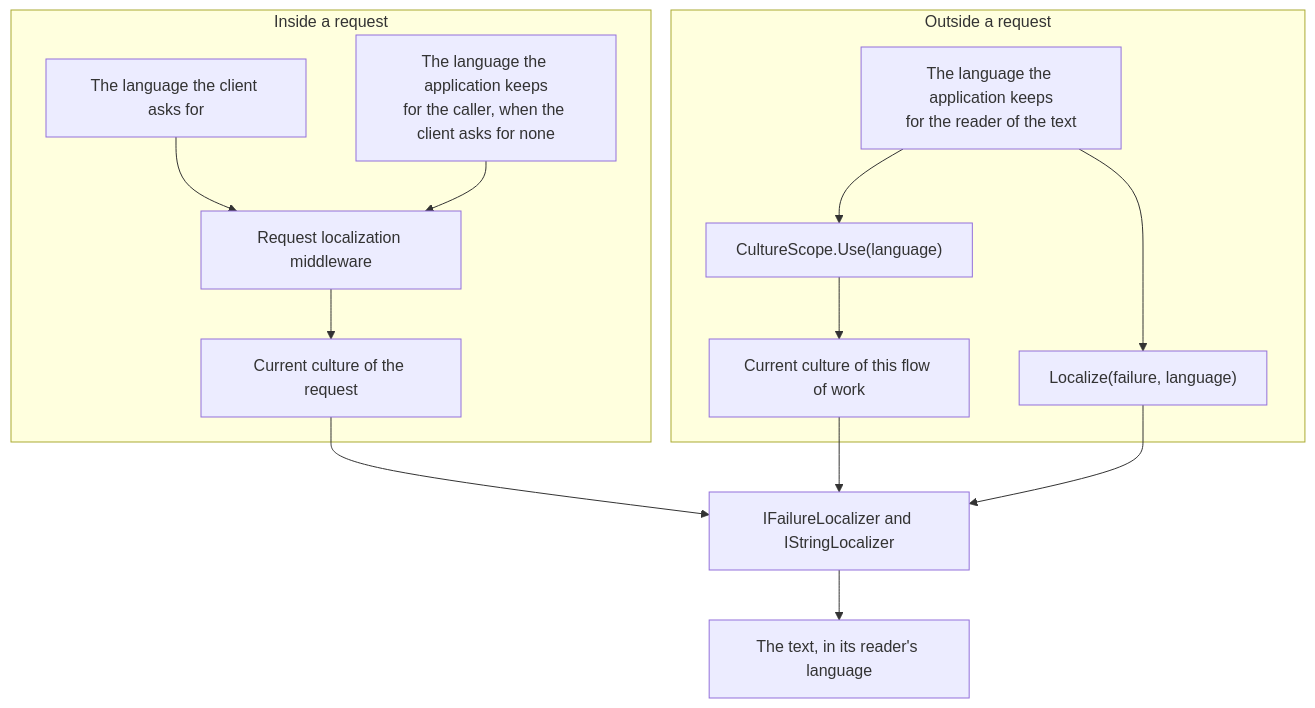
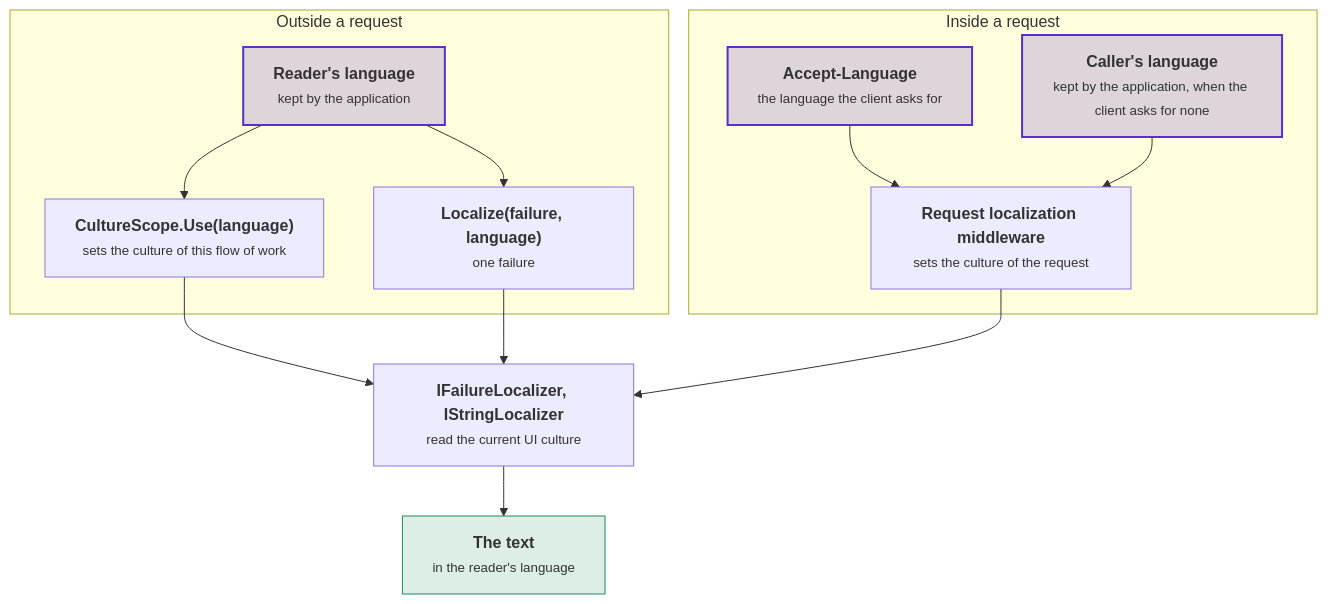
The diagram in docs/localization.md (DylanSnel/DDDToolkit), drawn with Mermaid before and after one commit. The commit also changed other lines of this file and 41 other files, not shown here.

First line of the commit message:
Docs: plain prose, one word per concept, and readable diagrams on every page

````diff
--- a/docs/localization.md
+++ b/docs/localization.md
@@ -249,17 +262,27 @@
 ```mermaid
 flowchart TD
     subgraph outside ["Outside a request"]
-        Kept["The language the application keeps<br/>for the reader of the text"] --> Scope["CultureScope.Use(language)"]
-        Scope --> OfWork["Current culture of this flow of work"]
-        Kept --> Named["Localize(failure, language)"]
+        kept["<b>Reader's language</b><br/><small>kept by the application</small>"]
+        scope["<b>CultureScope.Use(language)</b><br/><small>sets the culture of this flow of work</small>"]
+        named["<b>Localize(failure, language)</b><br/><small>one failure</small>"]
+        kept --> scope
+        kept --> named
     end
     subgraph inside ["Inside a request"]
-        Asked["The language the client asks for"] --> Middleware["Request localization middleware"]
-        Known["The language the application keeps<br/>for the caller, when the client asks for none"] --> Middleware
-        Middleware --> OfRequest["Current culture of the request"]
+        asked["<b>Accept-Language</b><br/><small>the language the client asks for</small>"]
+        known["<b>Caller's language</b><br/><small>kept by the application, when the client asks for none</small>"]
+        middleware["<b>Request localization middleware</b><br/><small>sets the culture of the request</small>"]
+        asked --> middleware
+        known --> middleware
     end
-    OfRequest --> Localizers["IFailureLocalizer and IStringLocalizer"]
-    OfWork --> Localizers
-    Named --> Localizers
-    Localizers --> Text["The text, in its reader's language"]
+    localizers["<b>IFailureLocalizer, IStringLocalizer</b><br/><small>read the current UI culture</small>"]
+    text["<b>The text</b><br/><small>in the reader's language</small>"]
+    scope --> localizers
+    named --> localizers
+    middleware --> localizers
+    localizers --> text
+    classDef strong fill:#5b2ec933,stroke:#5b2ec9,stroke-width:2px
+    classDef good fill:#1f8a5b26,stroke:#1f8a5b
+    class kept,asked,known strong
+    class text good
 ```
````
